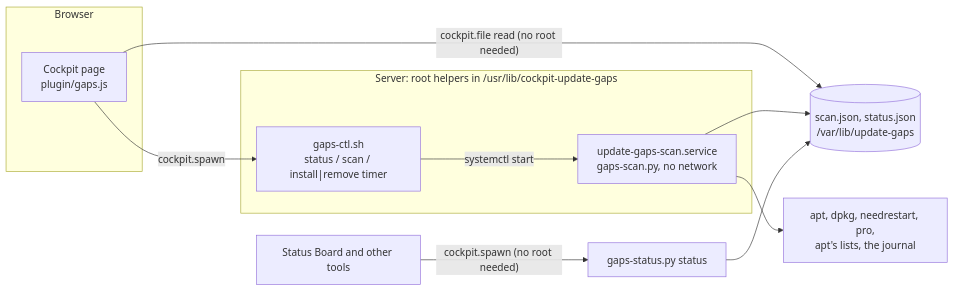
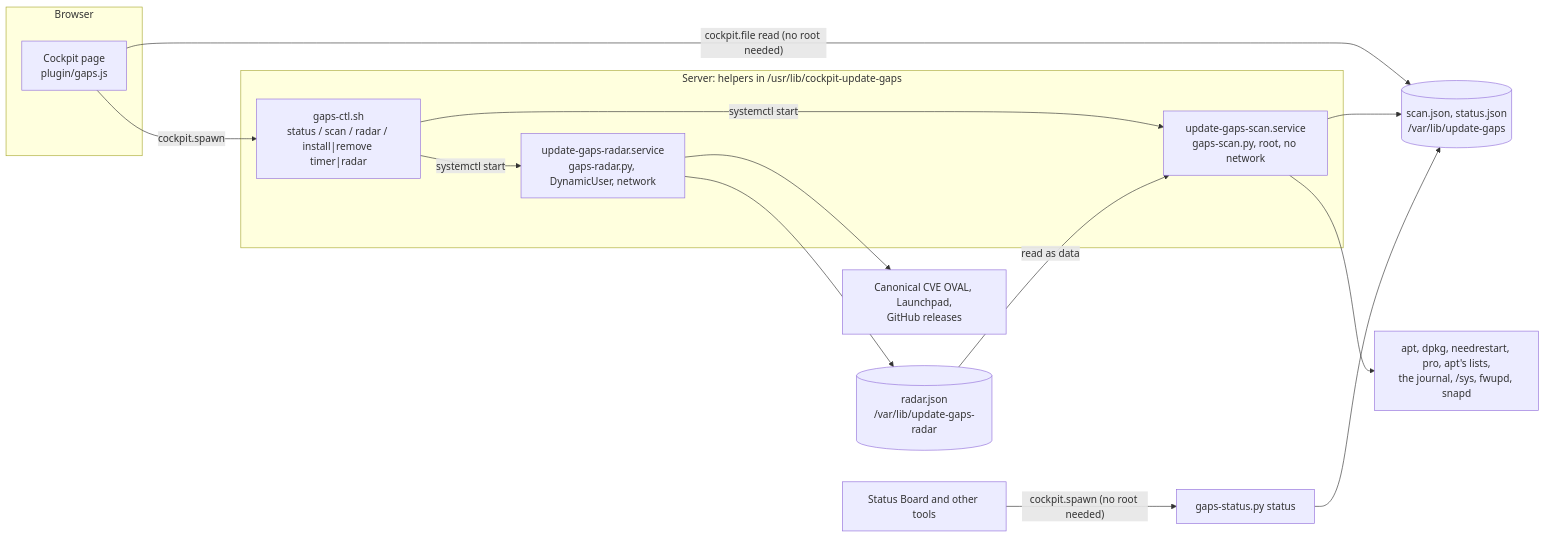
Before and after one commit to Azentrius/cockpit-update-gaps: the diagram in README.md, drawn with Mermaid. The commit also changed other lines of this file and 8 other files, not shown here.

````diff
--- a/README.md
+++ b/README.md
@@ -81,21 +85,28 @@
 ```mermaid
 flowchart LR
     subgraph B["Browser"]
         P["Cockpit page<br/>plugin/gaps.js"]
     end
-    subgraph H["Server: root helpers in /usr/lib/cockpit-update-gaps"]
-        CTL["gaps-ctl.sh<br/>status / scan / install|remove timer"]
-        SVC["update-gaps-scan.service<br/>gaps-scan.py, no network"]
+    subgraph H["Server: helpers in /usr/lib/cockpit-update-gaps"]
+        CTL["gaps-ctl.sh<br/>status / scan / radar / install|remove timer|radar"]
+        SVC["update-gaps-scan.service<br/>gaps-scan.py, root, no network"]
+        RAD["update-gaps-radar.service<br/>gaps-radar.py, DynamicUser, network"]
     end
     ST[("scan.json, status.json<br/>/var/lib/update-gaps")]
-    SYS["apt, dpkg, needrestart, pro,<br/>apt's lists, the journal"]
+    RJ[("radar.json<br/>/var/lib/update-gaps-radar")]
+    SYS["apt, dpkg, needrestart, pro, apt's lists,<br/>the journal, /sys, fwupd, snapd"]
+    NET["Canonical CVE OVAL, Launchpad,<br/>GitHub releases"]
     SB["Status Board and other tools"]
     STV["gaps-status.py status"]
     P -->|"cockpit.file read (no root needed)"| ST
     P -->|"cockpit.spawn"| CTL
     CTL -->|"systemctl start"| SVC
+    CTL -->|"systemctl start"| RAD
+    RAD --> NET
+    RAD --> RJ
+    RJ -->|"read as data"| SVC
     SVC --> SYS
     SVC --> ST
     SB -->|"cockpit.spawn (no root needed)"| STV
     STV --> ST
 ```
````
